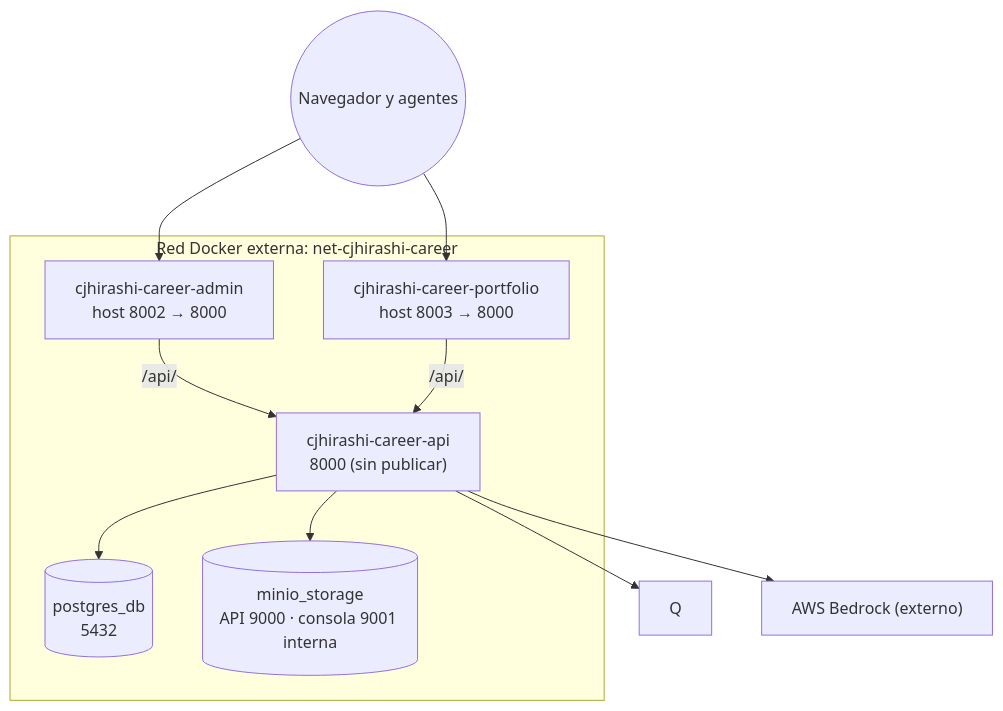
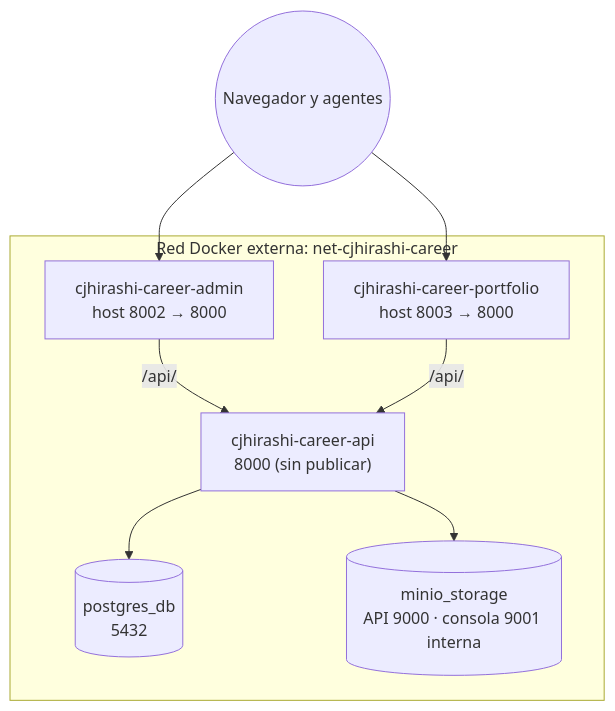
One commit to cjhirashi/cjhirashi-career changed the diagram in docs/07-DEPLOYMENT-VIEW.md. Above: the diagram before and after it, drawn with Mermaid. The commit also changed 82 other files, not shown here.

````diff
--- a/docs/07-DEPLOYMENT-VIEW.md
+++ b/docs/07-DEPLOYMENT-VIEW.md
@@ -12,21 +12,19 @@
 ```mermaid
 graph TB
     Cliente((Navegador y agentes))
 
     subgraph Net["Red Docker externa: net-cjhirashi-career"]
         Admin["cjhirashi-career-admin<br/>host 8002 → 8000"]
         Portal["cjhirashi-career-portfolio<br/>host 8003 → 8000"]
         API["cjhirashi-career-api<br/>8000 (sin publicar)"]
         PG[("postgres_db<br/>5432")]
         S3[("minio_storage<br/>API 9000 · consola 9001 interna")]
     end
 
     Cliente --> Admin
     Cliente --> Portal
     Admin -->|/api/| API
     Portal -->|/api/| API
     API --> PG
     API --> S3
-    API --> Q
-    API --> AWS["AWS Bedrock (externo)"]
 ```
````
